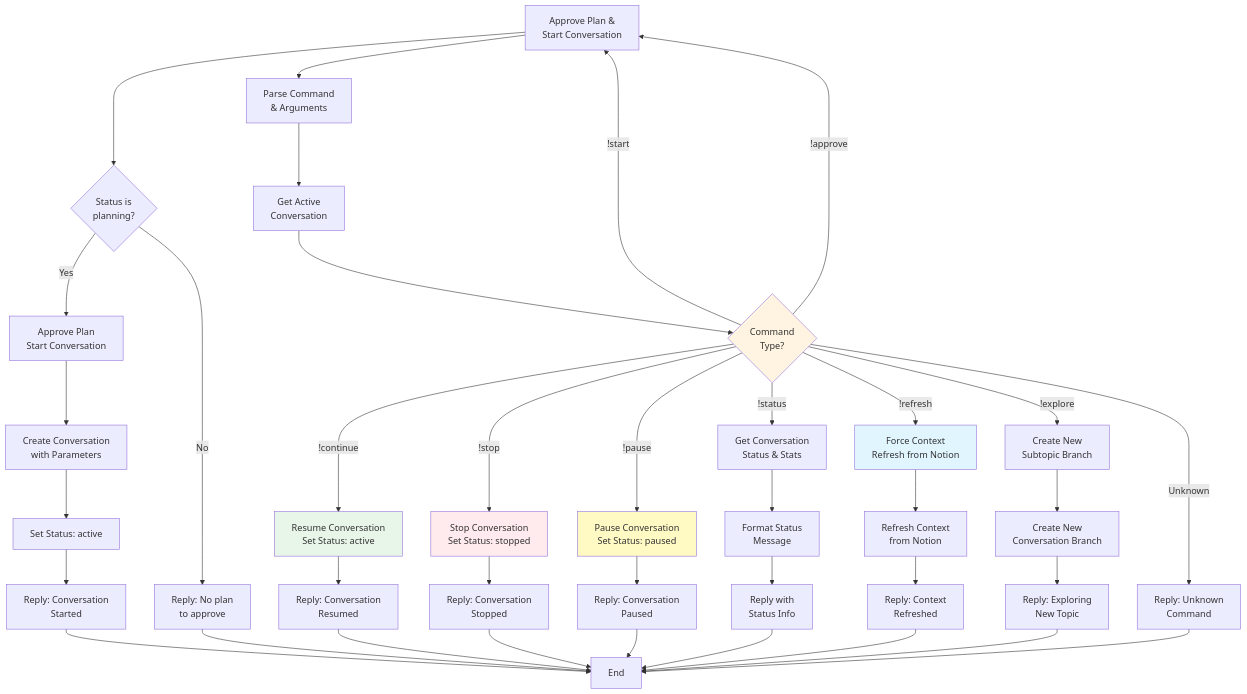
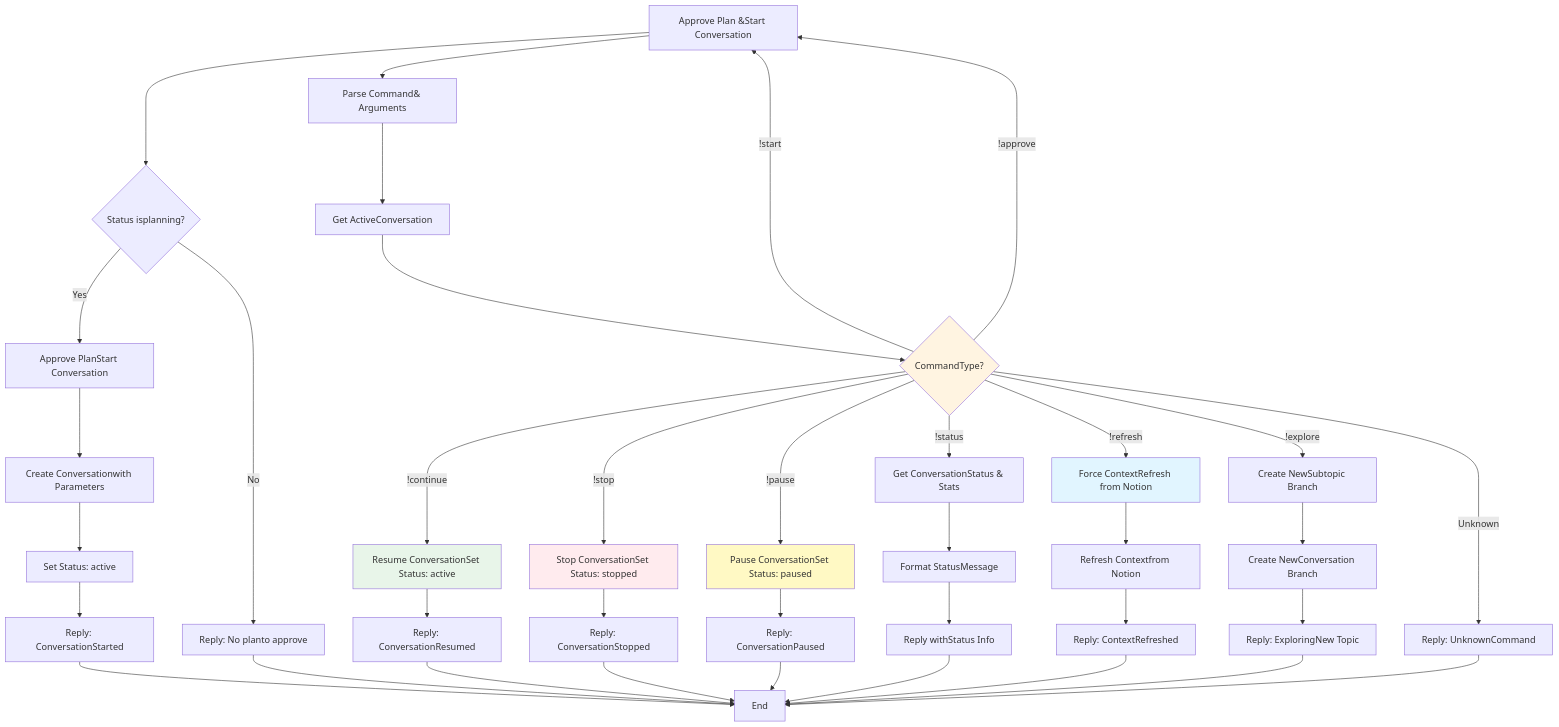
Before and after one commit to jak-pan/super-brainstorm-bot: diagram 16 of 16 in ARCHITECTURE.md, drawn with Mermaid. The commit also changed other lines of this file, not shown here.

Commit message:
Fix: Remove HTML br tags from Mermaid diagrams for GitHub compatibility

````diff
--- a/ARCHITECTURE.md
+++ b/ARCHITECTURE.md
@@ -1226,49 +1226,49 @@
 ```mermaid
 flowchart TD
-    Start[Discord Command<br/>Starts with !] --> Parse[Parse Command<br/>& Arguments]
-    Parse --> GetConversation[Get Active<br/>Conversation]
-    GetConversation --> CheckCommand{Command<br/>Type?}
+    Start[Discord CommandStarts with !] --> Parse[Parse Command& Arguments]
+    Parse --> GetConversation[Get ActiveConversation]
+    GetConversation --> CheckCommand{CommandType?}
     
-    CheckCommand -->|!start| Start[Approve Plan &<br/>Start Conversation]
+    CheckCommand -->|!start| Start[Approve Plan &Start Conversation]
     CheckCommand -->|!approve| Start
-    CheckCommand -->|!continue| Continue[Resume Conversation<br/>Set Status: active]
-    CheckCommand -->|!stop| Stop[Stop Conversation<br/>Set Status: stopped]
-    CheckCommand -->|!pause| Pause[Pause Conversation<br/>Set Status: paused]
-    CheckCommand -->|!status| Status[Get Conversation<br/>Status & Stats]
-    CheckCommand -->|!refresh| Refresh[Force Context<br/>Refresh from Notion]
-    CheckCommand -->|!explore| Explore[Create New<br/>Subtopic Branch]
-    CheckCommand -->|Unknown| Unknown[Reply: Unknown<br/>Command]
+    CheckCommand -->|!continue| Continue[Resume ConversationSet Status: active]
+    CheckCommand -->|!stop| Stop[Stop ConversationSet Status: stopped]
+    CheckCommand -->|!pause| Pause[Pause ConversationSet Status: paused]
+    CheckCommand -->|!status| Status[Get ConversationStatus & Stats]
+    CheckCommand -->|!refresh| Refresh[Force ContextRefresh from Notion]
+    CheckCommand -->|!explore| Explore[Create NewSubtopic Branch]
+    CheckCommand -->|Unknown| Unknown[Reply: UnknownCommand]
     
-    Start --> CheckPlanning{Status is<br/>planning?}
-    CheckPlanning -->|Yes| ApprovePlan[Approve Plan<br/>Start Conversation]
-    CheckPlanning -->|No| ReplyNotPlanning[Reply: No plan<br/>to approve]
-    ApprovePlan --> CreateConv[Create Conversation<br/>with Parameters]
+    Start --> CheckPlanning{Status isplanning?}
+    CheckPlanning -->|Yes| ApprovePlan[Approve PlanStart Conversation]
+    CheckPlanning -->|No| ReplyNotPlanning[Reply: No planto approve]
+    ApprovePlan --> CreateConv[Create Conversationwith Parameters]
     CreateConv --> SetActive[Set Status: active]
-    SetActive --> ReplyStarted[Reply: Conversation<br/>Started]
+    SetActive --> ReplyStarted[Reply: ConversationStarted]
     
-    Continue --> ReplyContinue[Reply: Conversation<br/>Resumed]
-    Stop --> ReplyStop[Reply: Conversation<br/>Stopped]
-    Pause --> ReplyPause[Reply: Conversation<br/>Paused]
-    Status --> FormatStatus[Format Status<br/>Message]
-    FormatStatus --> ReplyStatus[Reply with<br/>Status Info]
-    Refresh --> RefreshContext[Refresh Context<br/>from Notion]
-    RefreshContext --> ReplyRefresh[Reply: Context<br/>Refreshed]
-    Explore --> CreateBranch[Create New<br/>Conversation Branch]
-    CreateBranch --> ReplyExplore[Reply: Exploring<br/>New Topic]
+    Continue --> ReplyContinue[Reply: ConversationResumed]
+    Stop --> ReplyStop[Reply: ConversationStopped]
+    Pause --> ReplyPause[Reply: ConversationPaused]
+    Status --> FormatStatus[Format StatusMessage]
+    FormatStatus --> ReplyStatus[Reply withStatus Info]
+    Refresh --> RefreshContext[Refresh Contextfrom Notion]
+    RefreshContext --> ReplyRefresh[Reply: ContextRefreshed]
+    Explore --> CreateBranch[Create NewConversation Branch]
+    CreateBranch --> ReplyExplore[Reply: ExploringNew Topic]
     
     ReplyStarted --> End[End]
     ReplyNotPlanning --> End
     ReplyContinue --> End[End]
     ReplyStop --> End
     ReplyPause --> End
     ReplyStatus --> End
     ReplyRefresh --> End
     ReplyExplore --> End
     Unknown --> End
     
     style CheckCommand fill:#fff4e1
     style Continue fill:#e8f5e9
     style Stop fill:#ffebee
     style Pause fill:#fff9c4
     style Refresh fill:#e1f5ff
 ```
````
